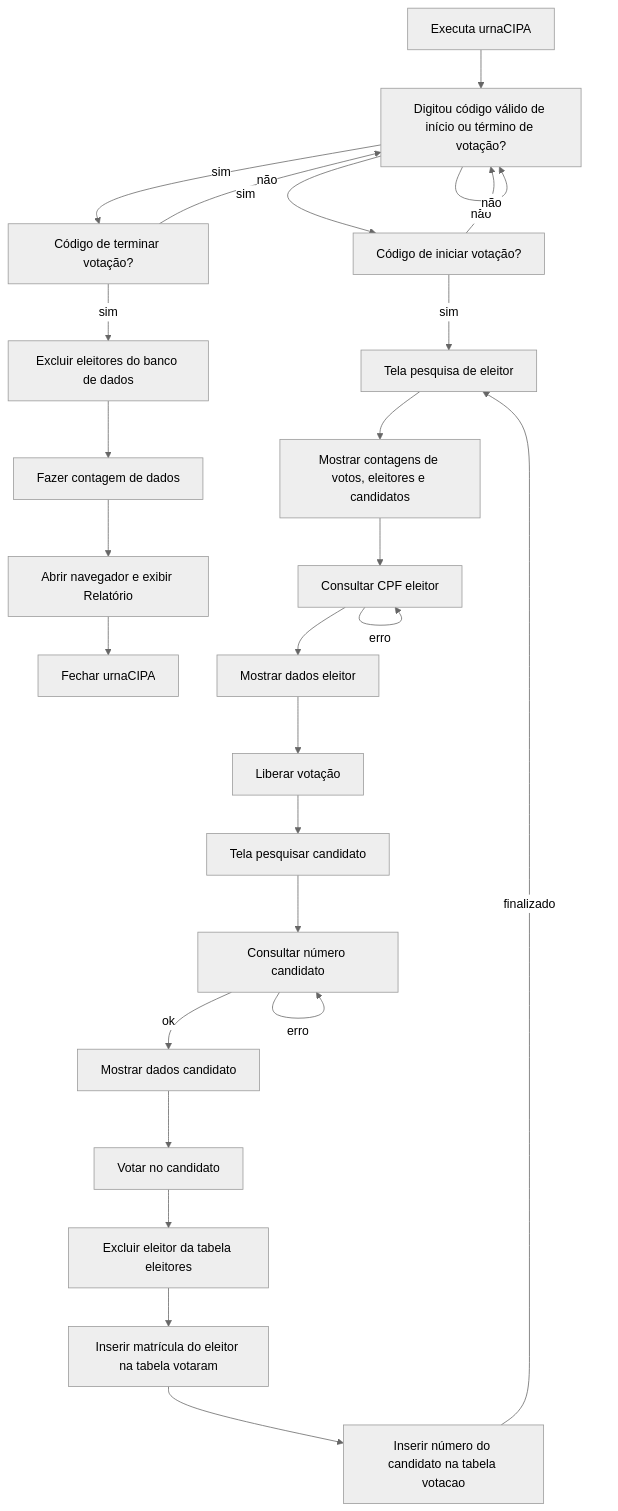
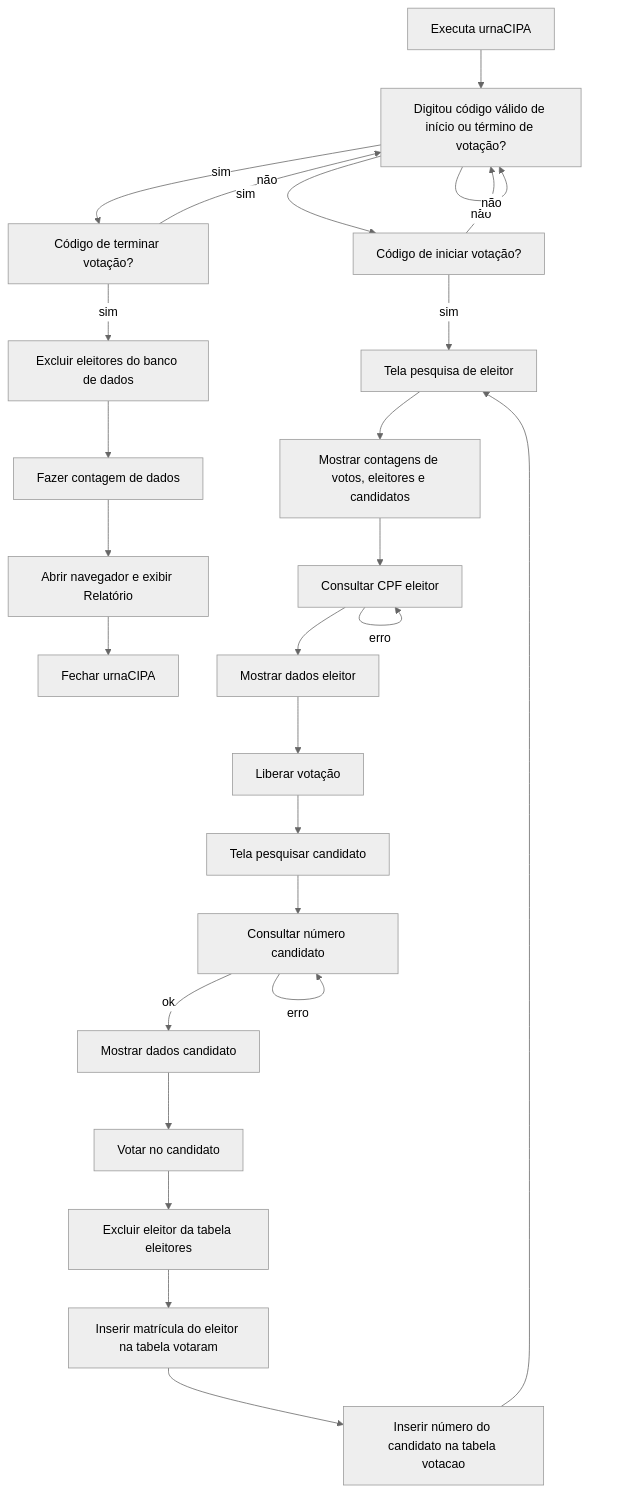
Before and after one commit to danielgianni/urnaCIPA: the diagram in README.md, drawn with Mermaid (neutral theme). The commit also changed other lines of this file, not shown here.

````diff
--- a/README.md
+++ b/README.md
@@ -240,35 +240,35 @@
 ```mermaid
 graph TD
     A[Executa urnaCIPA] --> B[Digitou código válido de início ou término de votação?]
     B --> |sim| C[Código de terminar votação?]
     B --> |não| B
     B --> |sim| D[Código de iniciar votação?]
 
     C -->|sim| F[Excluir eleitores do banco de dados]
     C -->|não| B
  
     D -->|sim| E[Tela pesquisa de eleitor]
     D -->|não| B
  
     E --> J[Mostrar contagens de votos, eleitores e candidatos]
 
     F --> G[Fazer contagem de dados]
     G --> H[Abrir navegador e exibir Relatório]
     H --> I[Fechar urnaCIPA]
 
     J --> L[Consultar CPF eleitor]
     L -->|erro| L
     L --> M[Mostrar dados eleitor]
     M --> N[Liberar votação]
     N --> O[Tela pesquisar candidato]
 
     O --> P[Consultar número candidato]    
     P -->|erro| P
     P -->|ok| Q[Mostrar dados candidato]
 
     Q --> R[Votar no candidato]   
     R --> S[Excluir eleitor da tabela eleitores]
     S --> T[Inserir matrícula do eleitor na tabela votaram]
     T --> U[Inserir número do candidato na tabela votacao]
-    U -->|finalizado| E
+    U --> E
 ```
````
